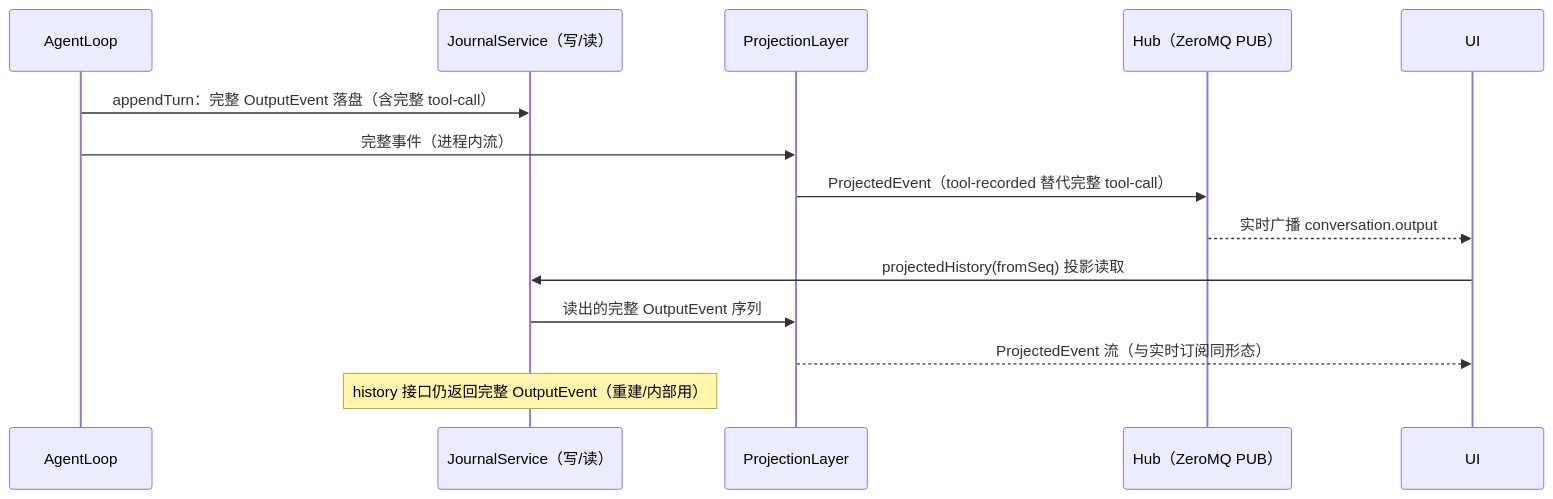
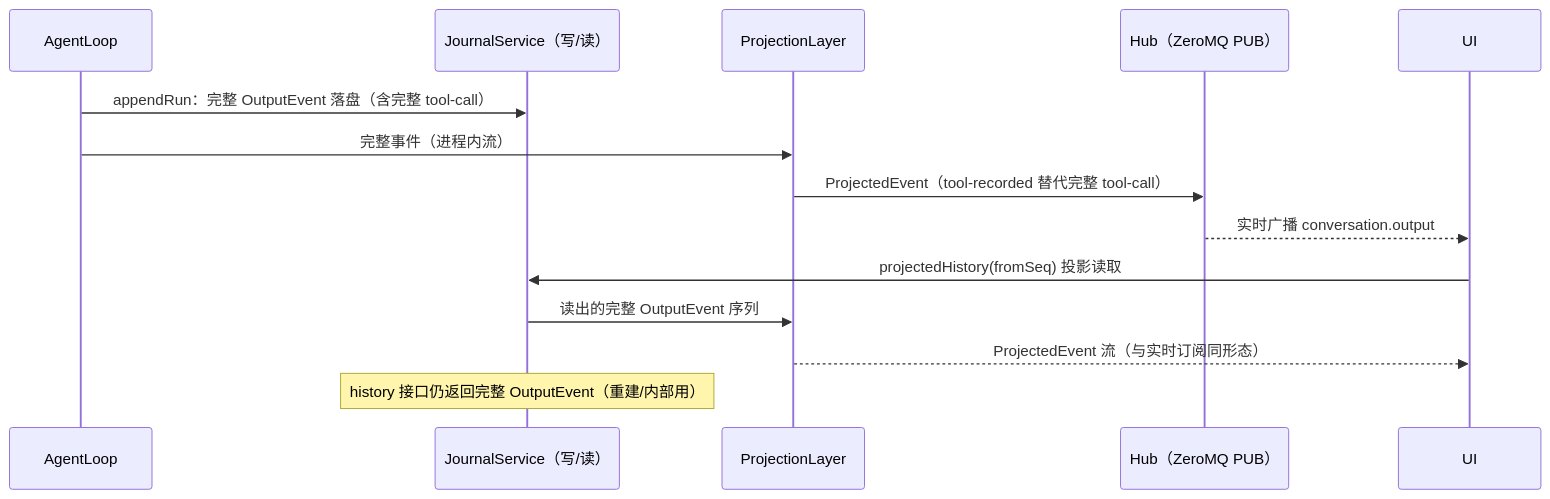
The second of 3 diagrams in docs/PRD/output-投影层.md (fanghuarunbalala/nova-writing), drawn with Mermaid before and after one commit. The commit also changed other lines of this file and 55 other files, not shown here.

First line of the commit message:
refactor(core/ui/gui): run/turn 术语统一 + 事件流三修复

````diff
--- a/docs/PRD/output-投影层.md
+++ b/docs/PRD/output-投影层.md
@@ -54,17 +54,17 @@
 ```mermaid
 sequenceDiagram
     participant L as AgentLoop
     participant J as JournalService（写/读）
     participant P as ProjectionLayer
     participant H as Hub（ZeroMQ PUB）
     participant U as UI
 
-    L->>J: appendTurn：完整 OutputEvent 落盘（含完整 tool-call）
+    L->>J: appendRun：完整 OutputEvent 落盘（含完整 tool-call）
     L->>P: 完整事件（进程内流）
     P->>H: ProjectedEvent（tool-recorded 替代完整 tool-call）
     H-->>U: 实时广播 conversation.output
     U->>J: projectedHistory(fromSeq) 投影读取
     J->>P: 读出的完整 OutputEvent 序列
     P-->>U: ProjectedEvent 流（与实时订阅同形态）
     Note over J: history 接口仍返回完整 OutputEvent（重建/内部用）
 ```
````
